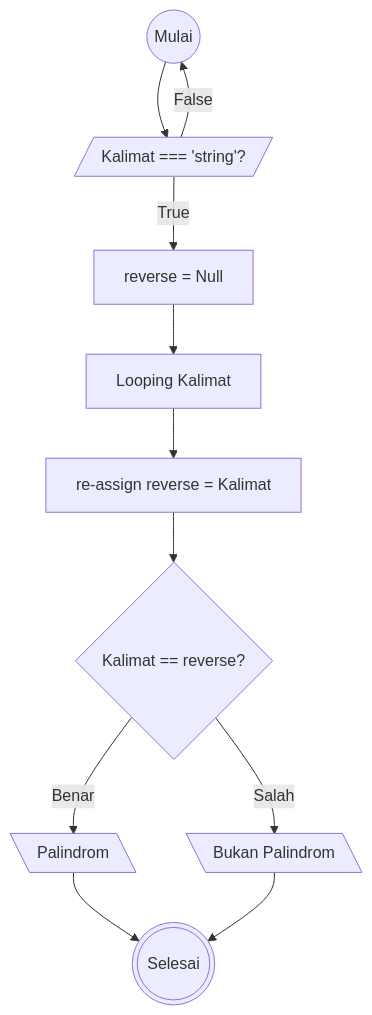
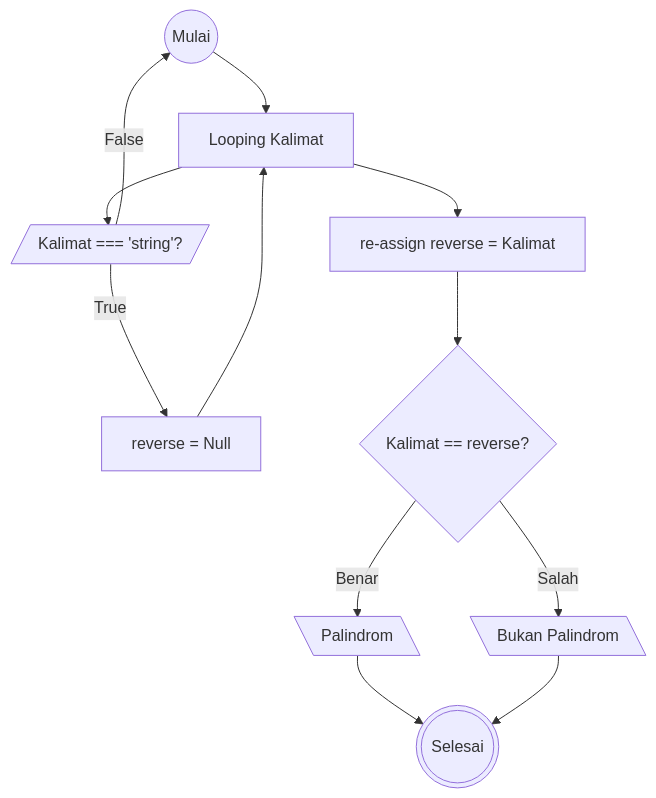
One commit to HN721/fgo24-weeklytask1 changed the first of 2 diagrams in README.md. Above: the diagram before and after it, drawn with Mermaid.

````diff
--- a/README.md
+++ b/README.md
@@ -15,23 +15,25 @@
 ```mermaid
 flowchart TD
 
 A@{shape: circle , label: "Mulai"}
+H@{shape: lean-r ,label : "Input Kalimat" }
 B@{shape: lean-r, label: "Kalimat === 'string'?"}
 C@{shape: rectangle, label: "reverse = Null"}
 H@{shape: rectangle, label: "Looping Kalimat"}
 I@{shape: rectangle, label: "re-assign reverse = Kalimat "}
 D@{shape: diamond, label: "Kalimat == reverse?"}
 E@{shape: lean-l, label: "Palindrom"}
 F@{shape: lean-l, label: "Bukan Palindrom"}
 G@{shape: dbl-circ, label: "Selesai"}
-A --> B
+A --> H
+H --> B
 B --False--> A
 B --True--> C
 C --> H
 H --> I
 I --> D
 D --Benar--> E
 D --Salah--> F
 E --> G
 F --> G
 ```
````
